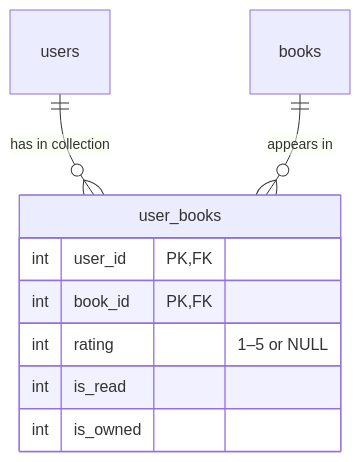
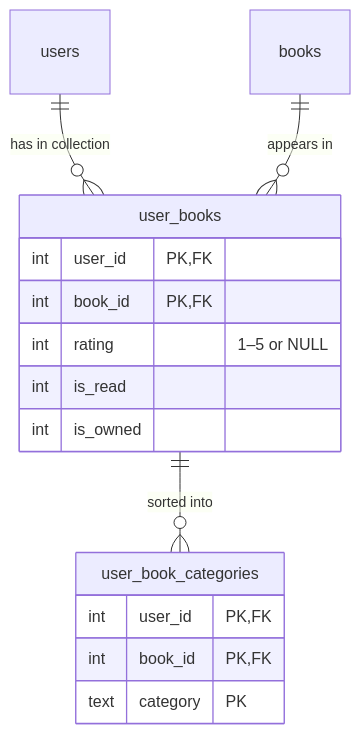
Before and after one commit to molshape/MyLittleBooklist: the diagram in docs/development.md, drawn with Mermaid. The commit also changed other lines of this file and 3 other files, not shown here.

First line of the commit message:
feat: add a table for personal book categories

````diff
--- a/docs/development.md
+++ b/docs/development.md
@@ -66,12 +66,18 @@
 ```mermaid
 erDiagram
     users ||--o{ user_books : "has in collection"
     books ||--o{ user_books : "appears in"
+    user_books ||--o{ user_book_categories : "sorted into"
     user_books {
         int user_id PK, FK
         int book_id PK, FK
         int rating "1–5 or NULL"
         int is_read
         int is_owned
     }
+    user_book_categories {
+        int user_id PK, FK
+        int book_id PK, FK
+        text category PK
+    }
 ```
````
